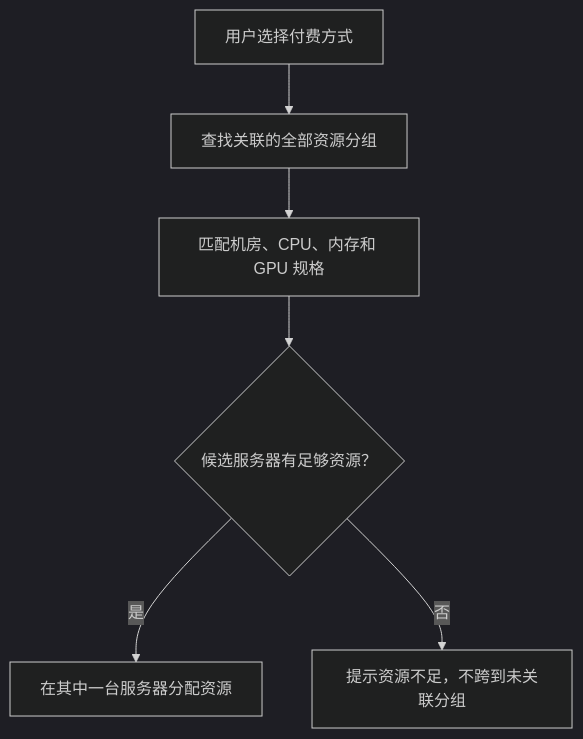
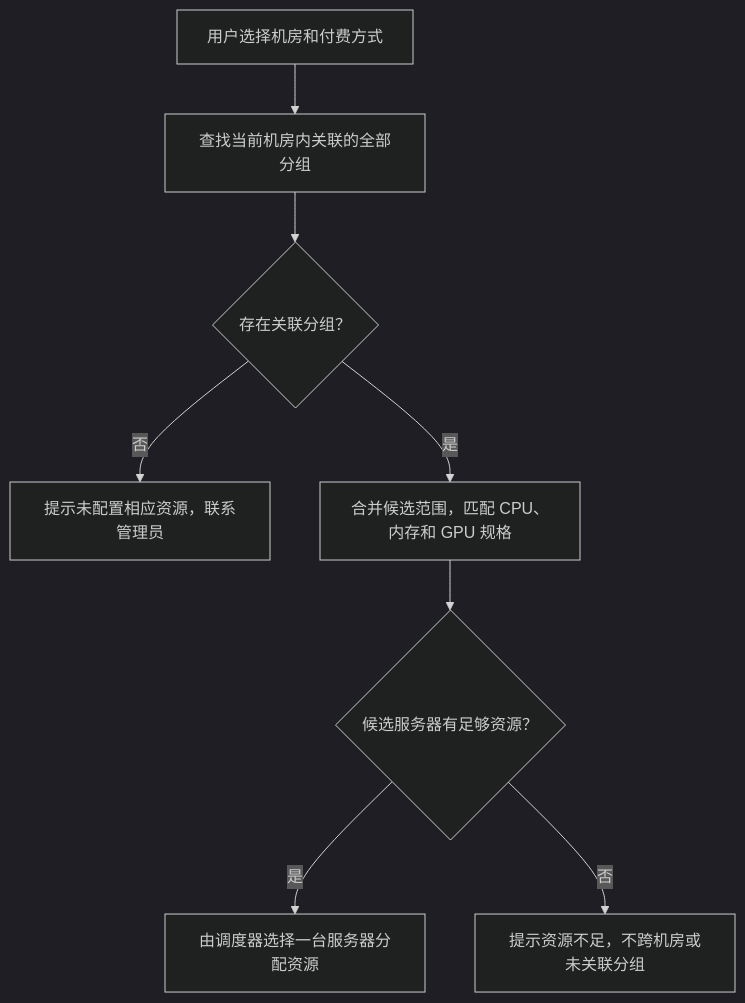
The third of 3 diagrams in public/prototypes/运营端/GPU资源分组-流程图.md (ks00171017-sk/onelinkai-console-preview), drawn with Mermaid (dark theme) before and after one commit. The commit also changed other lines of this file and 1 other file, not shown here.

Commit message:
Scope resource groups and server membership to data center regions

````diff
--- a/public/prototypes/运营端/GPU资源分组-流程图.md
+++ b/public/prototypes/运营端/GPU资源分组-流程图.md
@@ -54,8 +73,10 @@
 ```mermaid
 flowchart TD
-  billing["用户选择付费方式"] --> groups["查找关联的全部资源分组"]
-  groups --> match["匹配机房、CPU、内存和 GPU 规格"]
+  billing["用户选择机房和付费方式"] --> groups["查找当前机房内关联的全部分组"]
+  groups --> configured{"存在关联分组？"}
+  configured -->|"否"| missing["提示未配置相应资源，联系管理员"]
+  configured -->|"是"| match["合并候选范围，匹配 CPU、内存和 GPU 规格"]
   match --> enough{"候选服务器有足够资源？"}
-  enough -->|"是"| allocate["在其中一台服务器分配资源"]
-  enough -->|"否"| deny["提示资源不足，不跨到未关联分组"]
+  enough -->|"是"| allocate["由调度器选择一台服务器分配资源"]
+  enough -->|"否"| deny["提示资源不足，不跨机房或未关联分组"]
 ```
````
